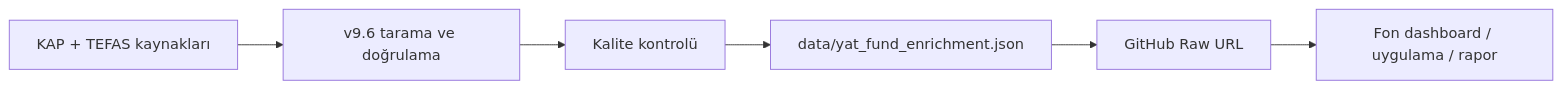
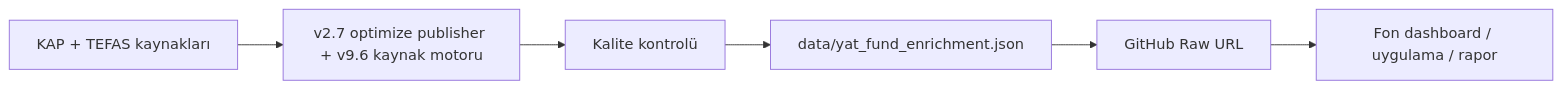
Before and after one commit to egemenkarabulut/PiyasaNabzi-KAP-YAT: diagram 17 of 18 in README.md, drawn with Mermaid. The commit also changed other lines of this file and 3 other files, not shown here.

````diff
--- a/README.md
+++ b/README.md
@@ -648,8 +618,8 @@
 ```mermaid
 flowchart LR
-    A["KAP + TEFAS kaynakları"] --> B["v9.6 tarama ve doğrulama"]
+    A["KAP + TEFAS kaynakları"] --> B["v2.7 optimize publisher + v9.6 kaynak motoru"]
     B --> C["Kalite kontrolü"]
     C --> D["data/yat_fund_enrichment.json"]
     D --> E["GitHub Raw URL"]
     E --> F["Fon dashboard / uygulama / rapor"]
 ```
````
